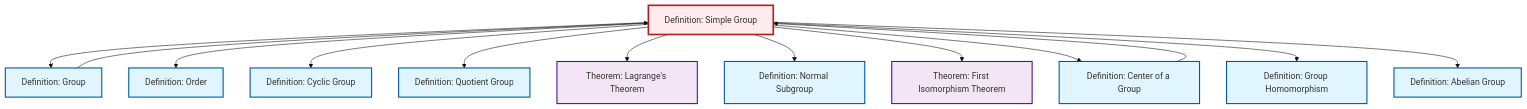
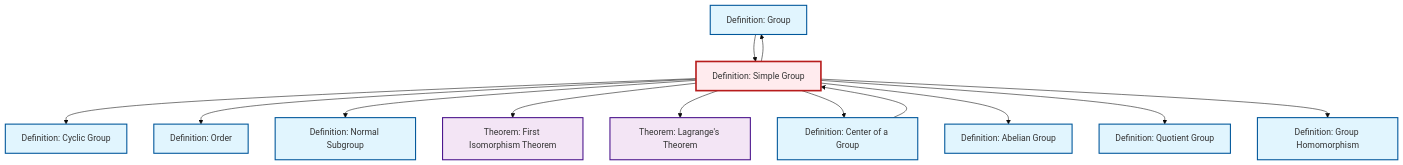
One commit to RK0429/ModernMath changed the diagram in content/en/algebra/def-simple-group.qmd. Above: the diagram before and after it, drawn with Mermaid (base theme). The commit also changed other lines of this file and 672 other files, not shown here.

````diff
--- a/content/en/algebra/def-simple-group.qmd
+++ b/content/en/algebra/def-simple-group.qmd
@@ -97,43 +97,43 @@
 ```{mermaid}
 %%| fig-cap: "Local dependency graph"
 graph TD
     classDef definition fill:#e1f5fe,stroke:#01579b,stroke-width:2px
     classDef theorem fill:#f3e5f5,stroke:#4a148c,stroke-width:2px
     classDef axiom fill:#fff3e0,stroke:#e65100,stroke-width:2px
     classDef example fill:#e8f5e9,stroke:#1b5e20,stroke-width:2px
     classDef current fill:#ffebee,stroke:#b71c1c,stroke-width:3px
-    def-simple-group["Definition: Simple Group"]:::definition
+    def-normal-subgroup["Definition: Normal Subgroup"]:::definition
     def-cyclic-group["Definition: Cyclic Group"]:::definition
     def-order["Definition: Order"]:::definition
-    thm-lagrange["Theorem: Lagrange's Theorem"]:::theorem
-    def-abelian-group["Definition: Abelian Group"]:::definition
-    def-normal-subgroup["Definition: Normal Subgroup"]:::definition
-    def-center-of-group["Definition: Center of a Group"]:::definition
-    def-homomorphism["Definition: Group Homomorphism"]:::definition
     def-quotient-group["Definition: Quotient Group"]:::definition
     thm-first-isomorphism["Theorem: First Isomorphism Theorem"]:::theorem
+    def-homomorphism["Definition: Group Homomorphism"]:::definition
     def-group["Definition: Group"]:::definition
-    def-group --> def-simple-group
-    def-center-of-group --> def-simple-group
+    thm-lagrange["Theorem: Lagrange's Theorem"]:::theorem
+    def-center-of-group["Definition: Center of a Group"]:::definition
+    def-simple-group["Definition: Simple Group"]:::definition
+    def-abelian-group["Definition: Abelian Group"]:::definition
+    def-simple-group --> def-cyclic-group
+    def-simple-group --> def-order
     def-simple-group --> def-group
-    def-simple-group --> def-order
-    def-simple-group --> def-cyclic-group
-    def-simple-group --> def-quotient-group
-    def-simple-group --> thm-lagrange
     def-simple-group --> def-normal-subgroup
     def-simple-group --> thm-first-isomorphism
+    def-simple-group --> thm-lagrange
     def-simple-group --> def-center-of-group
+    def-group --> def-simple-group
+    def-simple-group --> def-abelian-group
+    def-simple-group --> def-quotient-group
     def-simple-group --> def-homomorphism
-    def-simple-group --> def-abelian-group
+    def-center-of-group --> def-simple-group
     class def-simple-group current
+    click def-normal-subgroup "def-normal-subgroup.html" "Go to Normal Subgroup definition"
     click def-cyclic-group "def-cyclic-group.html" "Go to Cyclic Group definition"
     click def-order "def-order.html" "Go to Order definition"
-    click thm-lagrange "thm-lagrange.html" "Go to Lagrange's Theorem theorem"
-    click def-abelian-group "def-abelian-group.html" "Go to Abelian Group definition"
-    click def-normal-subgroup "def-normal-subgroup.html" "Go to Normal Subgroup definition"
-    click def-center-of-group "def-center-of-group.html" "Go to Center of a Group definition"
-    click def-homomorphism "def-homomorphism.html" "Go to Group Homomorphism definition"
     click def-quotient-group "def-quotient-group.html" "Go to Quotient Group definition"
     click thm-first-isomorphism "thm-first-isomorphism.html" "Go to First Isomorphism Theorem theorem"
+    click def-homomorphism "def-homomorphism.html" "Go to Group Homomorphism definition"
     click def-group "def-group.html" "Go to Group definition"
+    click thm-lagrange "thm-lagrange.html" "Go to Lagrange's Theorem theorem"
+    click def-center-of-group "def-center-of-group.html" "Go to Center of a Group definition"
+    click def-abelian-group "def-abelian-group.html" "Go to Abelian Group definition"
 ```
````
